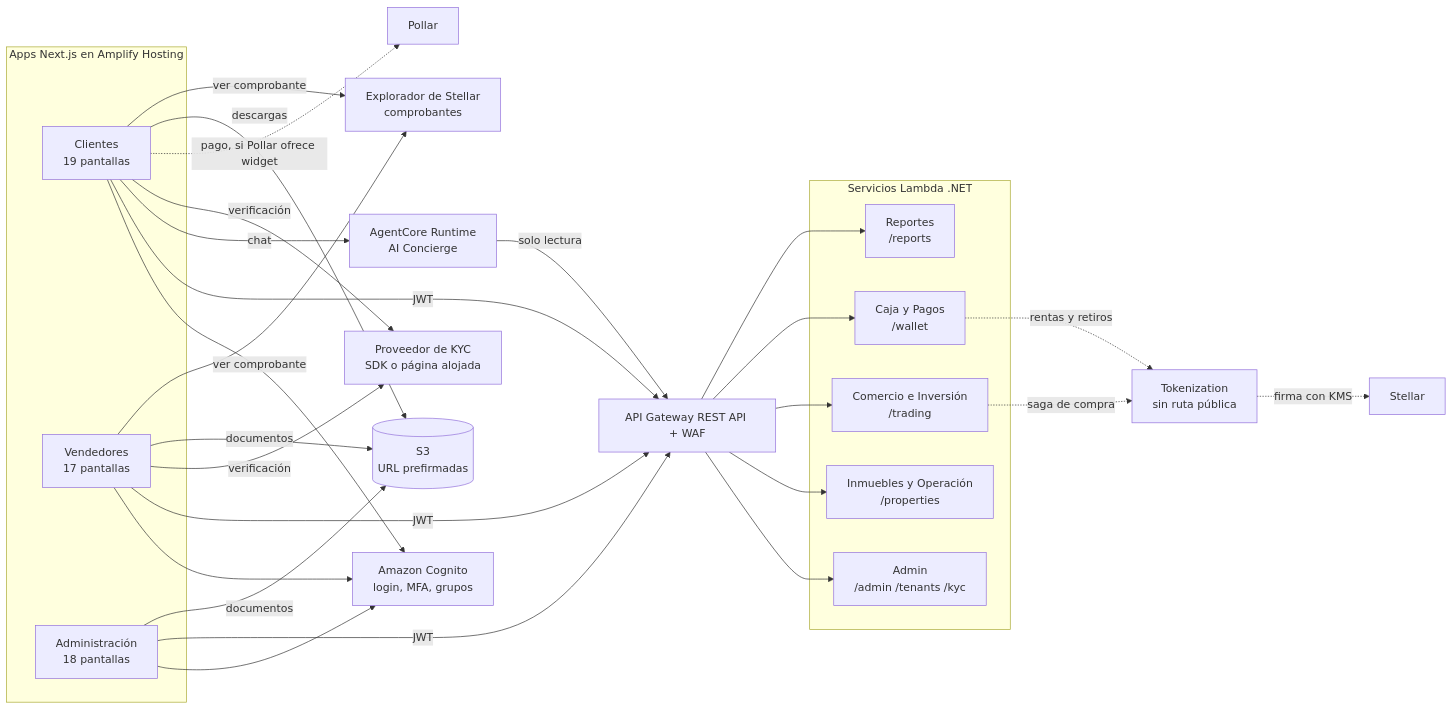
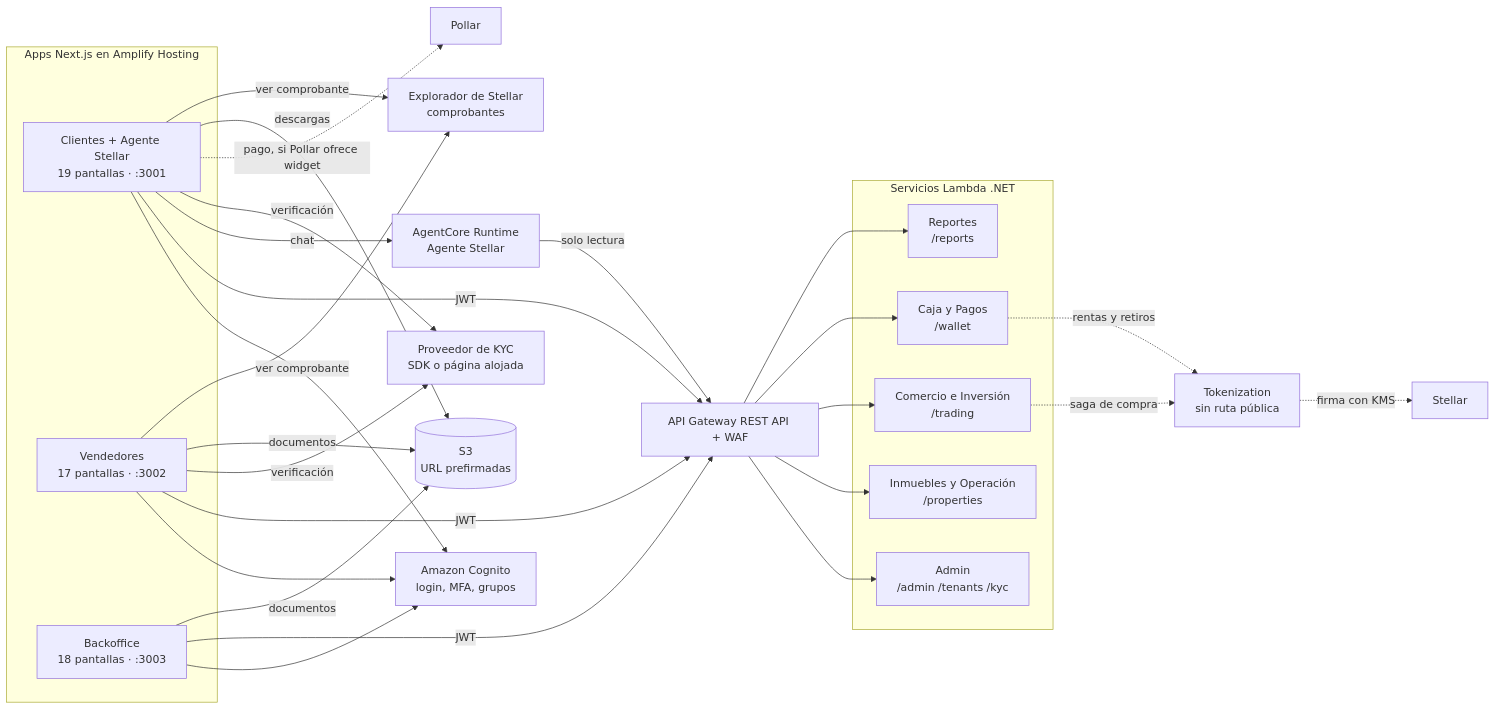
One commit to DiegoOrellanaUS/TokenizacionInmobiliaria changed the second of 2 diagrams in docs/arquitectura-del-sistema.md. Above: the diagram before and after it, drawn with Mermaid. The commit also changed other lines of this file, not shown here.

Commit message:
Update system architecture document for version 2.2

````diff
--- a/docs/arquitectura-del-sistema.md
+++ b/docs/arquitectura-del-sistema.md
@@ -432,52 +546,52 @@
 ```mermaid
 flowchart LR
     subgraph APPS["Apps Next.js en Amplify Hosting"]
-        WEB["Clientes<br/>19 pantallas"]
-        SELL["Vendedores<br/>17 pantallas"]
-        ADMIN["Administración<br/>18 pantallas"]
+        WEB["Clientes + Agente Stellar<br/>19 pantallas · :3001"]
+        SELL["Vendedores<br/>17 pantallas · :3002"]
+        ADMIN["Backoffice<br/>18 pantallas · :3003"]
     end
 
     COG["Amazon Cognito<br/>login, MFA, grupos"]
     APIGW["API Gateway REST API + WAF"]
 
     subgraph SVC["Servicios Lambda .NET"]
         ADM["Admin<br/>/admin /tenants /kyc"]
         INM["Inmuebles y Operación<br/>/properties"]
         COM["Comercio e Inversión<br/>/trading"]
         CAJ["Caja y Pagos<br/>/wallet"]
         REP["Reportes<br/>/reports"]
     end
 
     TOK["Tokenization<br/>sin ruta pública"]
     STL["Stellar"]
     S3[("S3<br/>URL prefirmadas")]
-    ACR["AgentCore Runtime<br/>AI Concierge"]
+    ACR["AgentCore Runtime<br/>Agente Stellar"]
     KYC["Proveedor de KYC<br/>SDK o página alojada"]
     POL["Pollar"]
     EXP["Explorador de Stellar<br/>comprobantes"]
 
     WEB --> COG
     SELL --> COG
     ADMIN --> COG
     WEB -- JWT --> APIGW
     SELL -- JWT --> APIGW
     ADMIN -- JWT --> APIGW
     APIGW --> ADM
     APIGW --> INM
     APIGW --> COM
     APIGW --> CAJ
     APIGW --> REP
     WEB -- chat --> ACR
     ACR -- solo lectura --> APIGW
     WEB -- verificación --> KYC
     SELL -- verificación --> KYC
     WEB -. pago, si Pollar ofrece widget .-> POL
     SELL -- documentos --> S3
     ADMIN -- documentos --> S3
     WEB -- descargas --> S3
     WEB -- ver comprobante --> EXP
     SELL -- ver comprobante --> EXP
     COM -. saga de compra .-> TOK
     CAJ -. rentas y retiros .-> TOK
     TOK -. firma con KMS .-> STL
 ```
````
